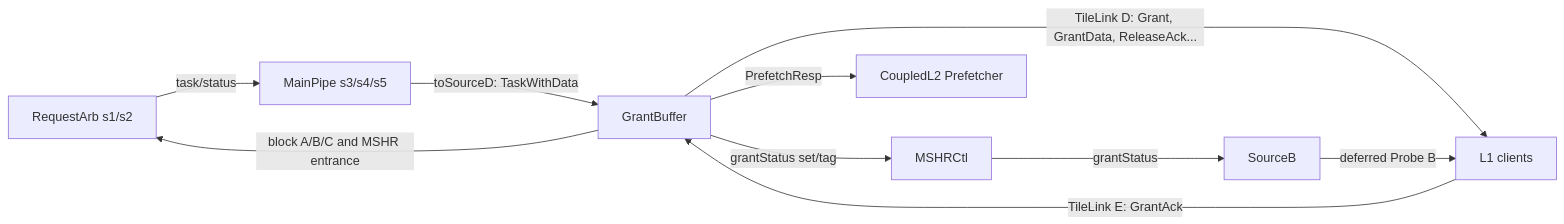
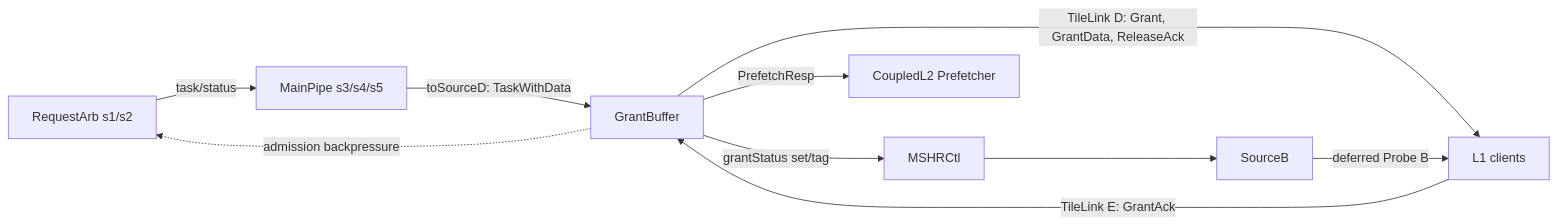
Before and after one commit to OpenXiangShan/XiangShanLab: the first of 2 diagrams in xiangshan-course/docs-en/4-xiangshan-microarchitecture-analysis/3-xiangshan-source-code-analysis/cache/Cache-GrantBuffer.md, drawn with Mermaid. The commit also changed other lines of this file and 176 other files, not shown here.

````diff
--- a/xiangshan-course/docs-en/4-xiangshan-microarchitecture-analysis/3-xiangshan-source-code-analysis/cache/Cache-GrantBuffer.md
+++ b/xiangshan-course/docs-en/4-xiangshan-microarchitecture-analysis/3-xiangshan-source-code-analysis/cache/Cache-GrantBuffer.md
@@ -26,12 +374,12 @@
-~~~mermaid
+```mermaid
 flowchart LR
   RA[RequestArb s1/s2] -->|task/status| MP[MainPipe s3/s4/s5]
   MP -->|toSourceD: TaskWithData| GB[GrantBuffer]
-  GB -->|TileLink D: Grant, GrantData, ReleaseAck...| L1[L1 clients]
+  GB -->|TileLink D: Grant, GrantData, ReleaseAck| L1[L1 clients]
   L1 -->|TileLink E: GrantAck| GB
-  GB -->|block A/B/C and MSHR entrance| RA
+  GB -. admission backpressure .-> RA
   GB -->|grantStatus set/tag| MC[MSHRCtl]
-  MC -->|grantStatus| SB[SourceB]
+  MC --> SB[SourceB]
   SB -->|deferred Probe B| L1
   GB -->|PrefetchResp| PF[CoupledL2 Prefetcher]
-~~~
+```
````
